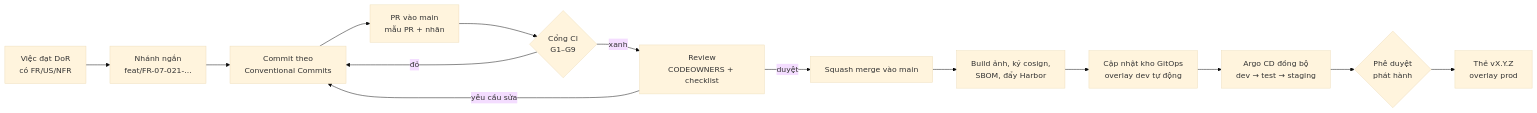
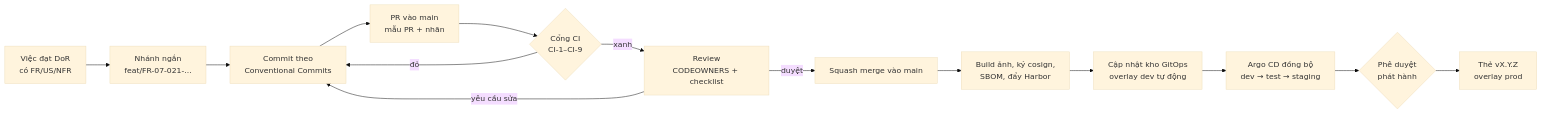
The first of 4 diagrams in datahub-docs/04-lap-trinh/D04-02-quy-trinh-ky-thuat.md (caprocute/DATAHUB), drawn with Mermaid (base theme) before and after one commit. The commit also changed other lines of this file and 2 other files, not shown here.

First line of the commit message:
docs(datahub-docs): đổi cổng CI G1–G9 thành CI-1…CI-9 để tránh trùng cổng quản lý

````diff
--- a/datahub-docs/04-lap-trinh/D04-02-quy-trinh-ky-thuat.md
+++ b/datahub-docs/04-lap-trinh/D04-02-quy-trinh-ky-thuat.md
@@ -24,16 +24,16 @@
 ```mermaid
 flowchart LR
   A[Việc đạt DoR<br/>có FR/US/NFR] --> B[Nhánh ngắn<br/>feat/FR-07-021-...]
   B --> C[Commit theo<br/>Conventional Commits]
   C --> D[PR vào main<br/>mẫu PR + nhãn]
-  D --> E{Cổng CI<br/>G1–G9}
+  D --> E{Cổng CI<br/>CI-1–CI-9}
   E -- đỏ --> C
   E -- xanh --> F[Review<br/>CODEOWNERS + checklist]
   F -- yêu cầu sửa --> C
   F -- duyệt --> G[Squash merge vào main]
   G --> H[Build ảnh, ký cosign,<br/>SBOM, đẩy Harbor]
   H --> I[Cập nhật kho GitOps<br/>overlay dev tự động]
   I --> J[Argo CD đồng bộ<br/>dev → test → staging]
   J --> K{Phê duyệt<br/>phát hành}
   K --> L[Thẻ vX.Y.Z<br/>overlay prod]
 ```
````
